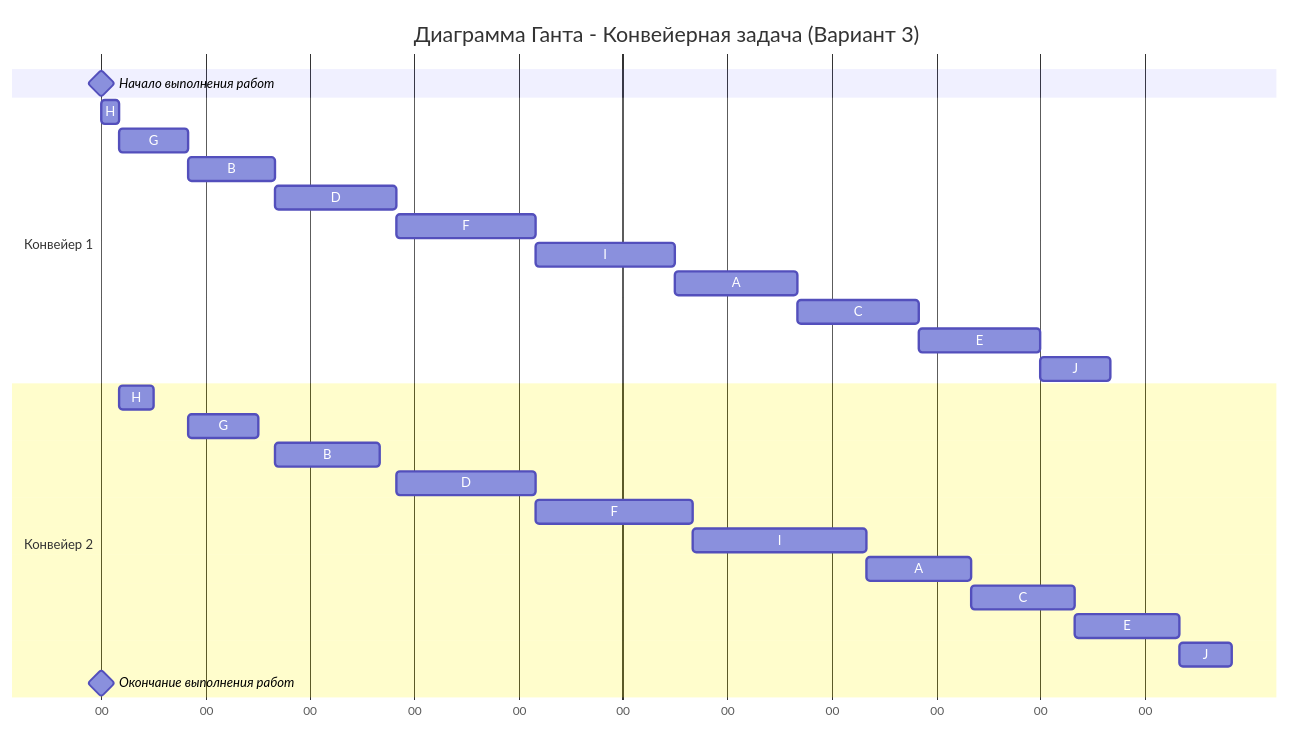
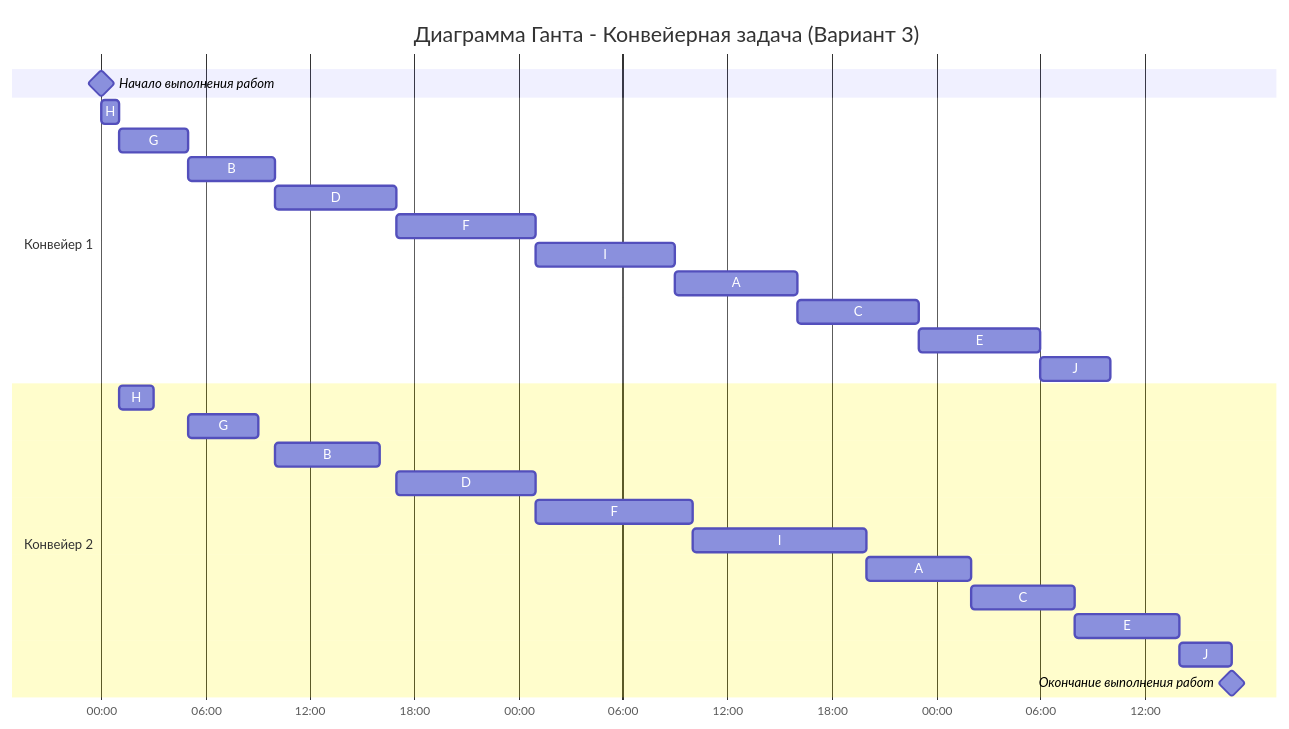
Before and after one commit to algos-ris-24-4/manual-tasks: the diagram in Задание 4/slaaay.md, drawn with Mermaid. The commit also changed other lines of this file, not shown here.

Commit message:
slaaay задача 4: исправили ошибки

````diff
--- a/Задание 4/slaaay.md
+++ b/Задание 4/slaaay.md
@@ -186,30 +185,30 @@
 ```mermaid
 gantt
     title Диаграмма Ганта - Конвейерная задача (Вариант 3)
-    dateFormat  X
-    axisFormat %U
-    Начало выполнения работ : milestone, m1, 0, 0h
+    dateFormat  YYYY-MM-DD HH:mm
+    axisFormat  %H:%M
+    Начало выполнения работ : milestone, m1, 2023-01-01 00:00, 0h
     section Конвейер 1
-    H : a1, 0, 1h
+    H : a1, 2023-01-01 00:00, 1h
     G : a2, after a1, 4h
     B : a3, after a2, 5h
     D : a4, after a3, 7h
     F : a5, after a4, 8h
     I : a6, after a5, 8h
     A : a7, after a6, 7h
     C : a8, after a7, 7h
     E : a9, after a8, 7h
     J : a10, after a9, 4h
     section Конвейер 2
     H : b1, after a1, 2h
     G : b2, after a2 and b1, 4h
     B : b3, after a3 and b2, 6h
     D : b4, after a4 and b3, 8h
     F : b5, after a5 and b4, 9h
     I : b6, after a6 and b5, 10h
     A : b7, after a7 and b6, 6h
     C : b8, after a8 and b7, 6h
     E : b9, after a9 and b8, 6h
     J : b10, after a10 and b9, 3h
-    Окончание выполнения работ : milestone, m2, 65, 0h
+    Окончание выполнения работ : milestone, m2, after b10, 0h
 ```
````
